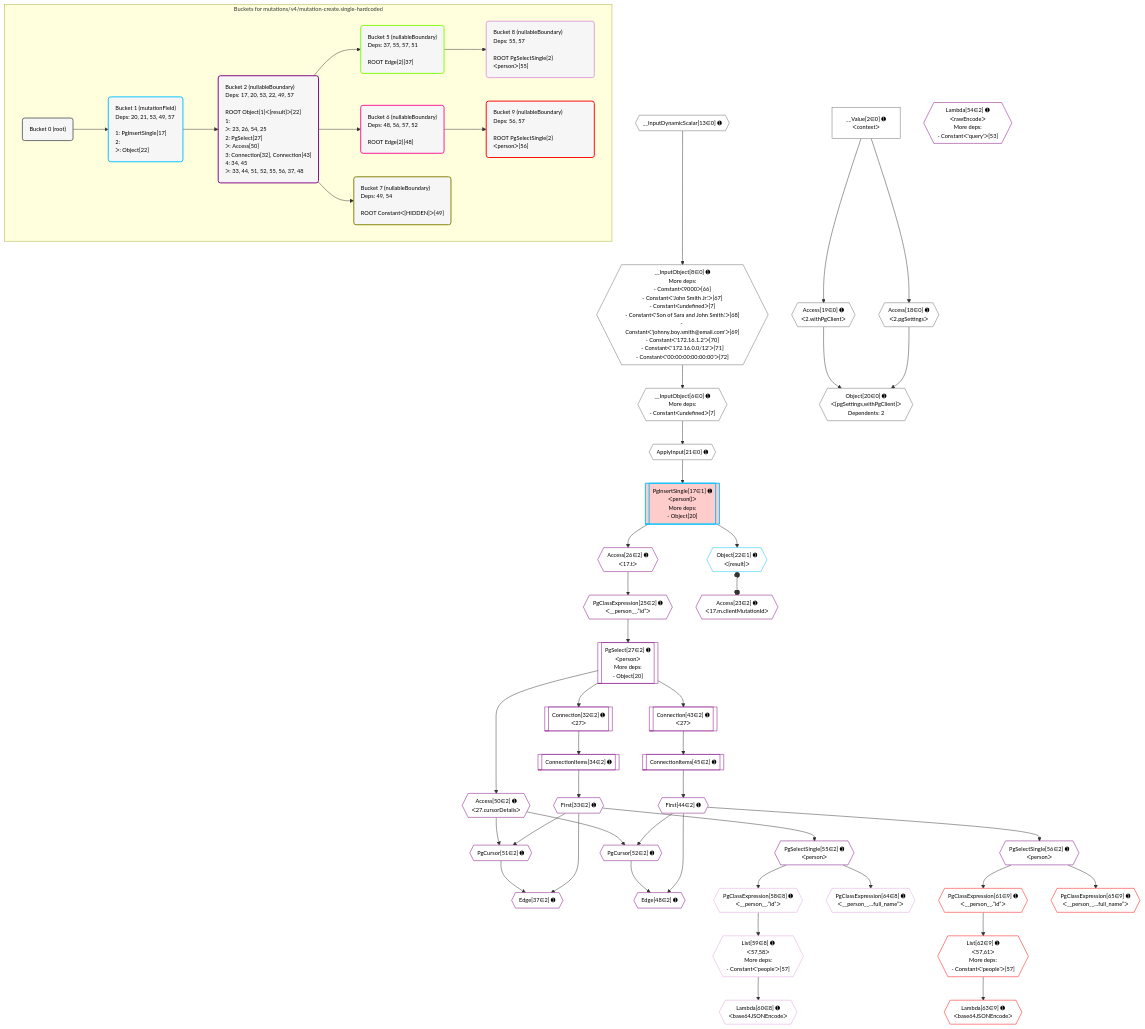
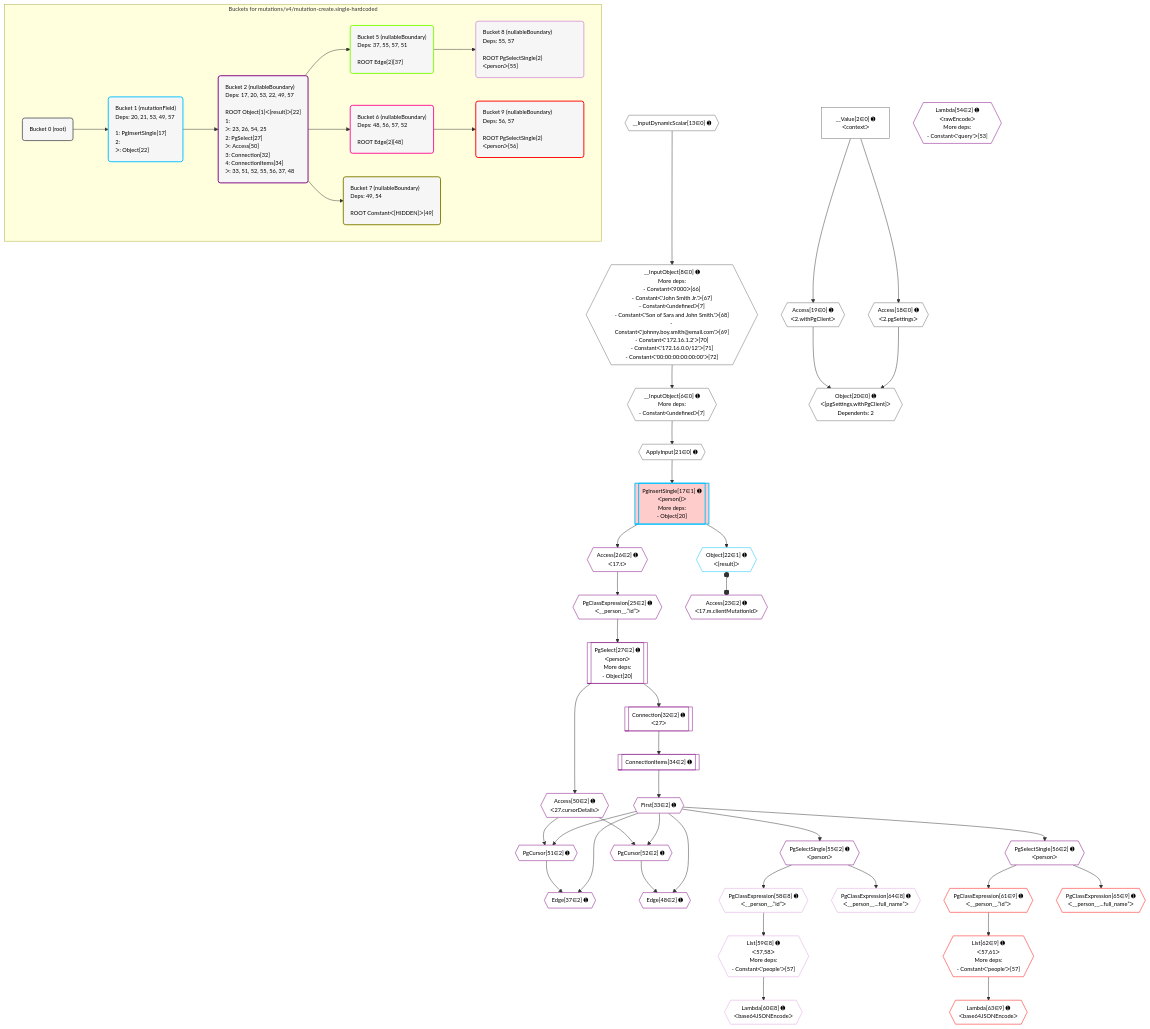
One commit to graphile/crystal changed the diagram in postgraphile/postgraphile/__tests__/mutations/v4/mutation-create.single-hardcoded.mermaid. Above: the diagram before and after it, drawn with Mermaid. The commit also changed 6 other files, not shown here.

```diff
--- a/postgraphile/postgraphile/__tests__/mutations/v4/mutation-create.single-hardcoded.mermaid
+++ b/postgraphile/postgraphile/__tests__/mutations/v4/mutation-create.single-hardcoded.mermaid
@@ -1,113 +1,107 @@
 %%{init: {'themeVariables': { 'fontSize': '12px'}}}%%
 graph TD
     classDef path fill:#eee,stroke:#000,color:#000
     classDef plan fill:#fff,stroke-width:1px,color:#000
     classDef itemplan fill:#fff,stroke-width:2px,color:#000
     classDef unbatchedplan fill:#dff,stroke-width:1px,color:#000
     classDef sideeffectplan fill:#fcc,stroke-width:2px,color:#000
     classDef bucket fill:#f6f6f6,color:#000,stroke-width:2px,text-align:left
 
     subgraph "Buckets for mutations/v4/mutation-create.single-hardcoded"
     Bucket0("Bucket 0 (root)"):::bucket
     Bucket1("Bucket 1 (mutationField)<br />Deps: 20, 21, 53, 49, 57<br /><br />1: PgInsertSingle[17]<br />2: <br />ᐳ: Object[22]"):::bucket
-    Bucket2("Bucket 2 (nullableBoundary)<br />Deps: 17, 20, 53, 22, 49, 57<br /><br />ROOT Object{1}ᐸ{result}ᐳ[22]<br />1: <br />ᐳ: 23, 26, 54, 25<br />2: PgSelect[27]<br />ᐳ: Access[50]<br />3: Connection[32], Connection[43]<br />4: 34, 45<br />ᐳ: 33, 44, 51, 52, 55, 56, 37, 48"):::bucket
+    Bucket2("Bucket 2 (nullableBoundary)<br />Deps: 17, 20, 53, 22, 49, 57<br /><br />ROOT Object{1}ᐸ{result}ᐳ[22]<br />1: <br />ᐳ: 23, 26, 54, 25<br />2: PgSelect[27]<br />ᐳ: Access[50]<br />3: Connection[32]<br />4: ConnectionItems[34]<br />ᐳ: 33, 51, 52, 55, 56, 37, 48"):::bucket
     Bucket5("Bucket 5 (nullableBoundary)<br />Deps: 37, 55, 57, 51<br /><br />ROOT Edge{2}[37]"):::bucket
     Bucket6("Bucket 6 (nullableBoundary)<br />Deps: 48, 56, 57, 52<br /><br />ROOT Edge{2}[48]"):::bucket
     Bucket7("Bucket 7 (nullableBoundary)<br />Deps: 49, 54<br /><br />ROOT Constantᐸ[HIDDEN]ᐳ[49]"):::bucket
     Bucket8("Bucket 8 (nullableBoundary)<br />Deps: 55, 57<br /><br />ROOT PgSelectSingle{2}ᐸpersonᐳ[55]"):::bucket
     Bucket9("Bucket 9 (nullableBoundary)<br />Deps: 56, 57<br /><br />ROOT PgSelectSingle{2}ᐸpersonᐳ[56]"):::bucket
     end
     Bucket0 --> Bucket1
     Bucket1 --> Bucket2
     Bucket2 --> Bucket5 & Bucket6 & Bucket7
     Bucket5 --> Bucket8
     Bucket6 --> Bucket9
 
     %% plan dependencies
     __InputObject8{{"__InputObject[8∈0] ➊<br />More deps:<br />- Constantᐸ9000ᐳ[66]<br />- Constantᐸ'John Smith Jr.'ᐳ[67]<br />- Constantᐸundefinedᐳ[7]<br />- Constantᐸ'Son of Sara and John Smith.'ᐳ[68]<br />- Constantᐸ'johnny.boy.smith@email.com'ᐳ[69]<br />- Constantᐸ'172.16.1.2'ᐳ[70]<br />- Constantᐸ'172.16.0.0/12'ᐳ[71]<br />- Constantᐸ'00:00:00:00:00:00'ᐳ[72]"}}:::plan
     __InputDynamicScalar13{{"__InputDynamicScalar[13∈0] ➊"}}:::plan
     __InputDynamicScalar13 --> __InputObject8
     __InputObject6{{"__InputObject[6∈0] ➊<br />More deps:<br />- Constantᐸundefinedᐳ[7]"}}:::plan
     __InputObject8 --> __InputObject6
     Object20{{"Object[20∈0] ➊<br />ᐸ{pgSettings,withPgClient}ᐳ<br />Dependents: 2"}}:::plan
     Access18{{"Access[18∈0] ➊<br />ᐸ2.pgSettingsᐳ"}}:::plan
     Access19{{"Access[19∈0] ➊<br />ᐸ2.withPgClientᐳ"}}:::plan
     Access18 & Access19 --> Object20
     __Value2["__Value[2∈0] ➊<br />ᐸcontextᐳ"]:::plan
     __Value2 --> Access18
     __Value2 --> Access19
     ApplyInput21{{"ApplyInput[21∈0] ➊"}}:::plan
     __InputObject6 --> ApplyInput21
     PgInsertSingle17[["PgInsertSingle[17∈1] ➊<br />ᐸperson()ᐳ<br />More deps:<br />- Object[20]"]]:::sideeffectplan
     ApplyInput21 --> PgInsertSingle17
     Object22{{"Object[22∈1] ➊<br />ᐸ{result}ᐳ"}}:::plan
     PgInsertSingle17 --> Object22
     PgSelect27[["PgSelect[27∈2] ➊<br />ᐸpersonᐳ<br />More deps:<br />- Object[20]"]]:::plan
     PgClassExpression25{{"PgClassExpression[25∈2] ➊<br />ᐸ__person__.”id”ᐳ"}}:::plan
     PgClassExpression25 --> PgSelect27
     Edge37{{"Edge[37∈2] ➊"}}:::plan
     First33{{"First[33∈2] ➊"}}:::plan
     PgCursor51{{"PgCursor[51∈2] ➊"}}:::plan
     First33 & PgCursor51 --> Edge37
     Edge48{{"Edge[48∈2] ➊"}}:::plan
-    First44{{"First[44∈2] ➊"}}:::plan
     PgCursor52{{"PgCursor[52∈2] ➊"}}:::plan
-    First44 & PgCursor52 --> Edge48
+    First33 & PgCursor52 --> Edge48
     Access50{{"Access[50∈2] ➊<br />ᐸ27.cursorDetailsᐳ"}}:::plan
     First33 & Access50 --> PgCursor51
-    First44 & Access50 --> PgCursor52
+    First33 & Access50 --> PgCursor52
     Access23{{"Access[23∈2] ➊<br />ᐸ17.m.clientMutationIdᐳ"}}:::plan
     Object22 o--o Access23
     Access26{{"Access[26∈2] ➊<br />ᐸ17.tᐳ"}}:::plan
     Access26 --> PgClassExpression25
     PgInsertSingle17 --> Access26
     Connection32[["Connection[32∈2] ➊<br />ᐸ27ᐳ"]]:::plan
     PgSelect27 --> Connection32
     ConnectionItems34[["ConnectionItems[34∈2] ➊"]]:::plan
     ConnectionItems34 --> First33
     Connection32 --> ConnectionItems34
-    Connection43[["Connection[43∈2] ➊<br />ᐸ27ᐳ"]]:::plan
-    PgSelect27 --> Connection43
-    ConnectionItems45[["ConnectionItems[45∈2] ➊"]]:::plan
-    ConnectionItems45 --> First44
-    Connection43 --> ConnectionItems45
     PgSelect27 --> Access50
     Lambda54{{"Lambda[54∈2] ➊<br />ᐸrawEncodeᐳ<br />More deps:<br />- Constantᐸ'query'ᐳ[53]"}}:::plan
     PgSelectSingle55{{"PgSelectSingle[55∈2] ➊<br />ᐸpersonᐳ"}}:::plan
     First33 --> PgSelectSingle55
     PgSelectSingle56{{"PgSelectSingle[56∈2] ➊<br />ᐸpersonᐳ"}}:::plan
-    First44 --> PgSelectSingle56
+    First33 --> PgSelectSingle56
     List59{{"List[59∈8] ➊<br />ᐸ57,58ᐳ<br />More deps:<br />- Constantᐸ'people'ᐳ[57]"}}:::plan
     PgClassExpression58{{"PgClassExpression[58∈8] ➊<br />ᐸ__person__.”id”ᐳ"}}:::plan
     PgClassExpression58 --> List59
     PgSelectSingle55 --> PgClassExpression58
     Lambda60{{"Lambda[60∈8] ➊<br />ᐸbase64JSONEncodeᐳ"}}:::plan
     List59 --> Lambda60
     PgClassExpression64{{"PgClassExpression[64∈8] ➊<br />ᐸ__person__...full_name”ᐳ"}}:::plan
     PgSelectSingle55 --> PgClassExpression64
     List62{{"List[62∈9] ➊<br />ᐸ57,61ᐳ<br />More deps:<br />- Constantᐸ'people'ᐳ[57]"}}:::plan
     PgClassExpression61{{"PgClassExpression[61∈9] ➊<br />ᐸ__person__.”id”ᐳ"}}:::plan
     PgClassExpression61 --> List62
     PgSelectSingle56 --> PgClassExpression61
     Lambda63{{"Lambda[63∈9] ➊<br />ᐸbase64JSONEncodeᐳ"}}:::plan
     List62 --> Lambda63
     PgClassExpression65{{"PgClassExpression[65∈9] ➊<br />ᐸ__person__...full_name”ᐳ"}}:::plan
     PgSelectSingle56 --> PgClassExpression65
 
     %% define steps
     classDef bucket0 stroke:#696969
     class Bucket0,__Value2,__InputObject6,__InputObject8,__InputDynamicScalar13,Access18,Access19,Object20,ApplyInput21 bucket0
     classDef bucket1 stroke:#00bfff
     class Bucket1,PgInsertSingle17,Object22 bucket1
     classDef bucket2 stroke:#7f007f
-    class Bucket2,Access23,PgClassExpression25,Access26,PgSelect27,Connection32,First33,ConnectionItems34,Edge37,Connection43,First44,ConnectionItems45,Edge48,Access50,PgCursor51,PgCursor52,Lambda54,PgSelectSingle55,PgSelectSingle56 bucket2
+    class Bucket2,Access23,PgClassExpression25,Access26,PgSelect27,Connection32,First33,ConnectionItems34,Edge37,Edge48,Access50,PgCursor51,PgCursor52,Lambda54,PgSelectSingle55,PgSelectSingle56 bucket2
     classDef bucket5 stroke:#7fff00
     class Bucket5 bucket5
     classDef bucket6 stroke:#ff1493
     class Bucket6 bucket6
     classDef bucket7 stroke:#808000
     class Bucket7 bucket7
     classDef bucket8 stroke:#dda0dd
     class Bucket8,PgClassExpression58,List59,Lambda60,PgClassExpression64 bucket8
     classDef bucket9 stroke:#ff0000
     class Bucket9,PgClassExpression61,List62,Lambda63,PgClassExpression65 bucket9
```
